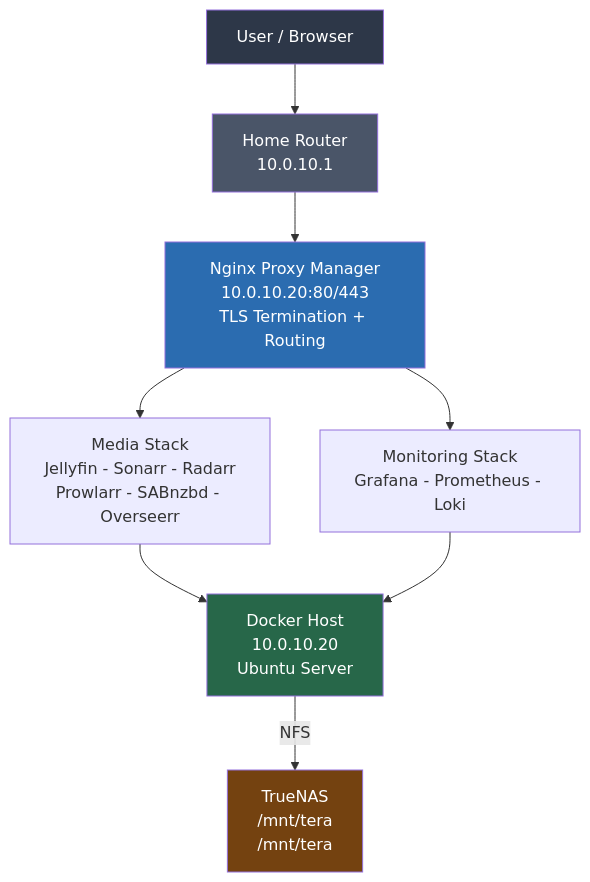
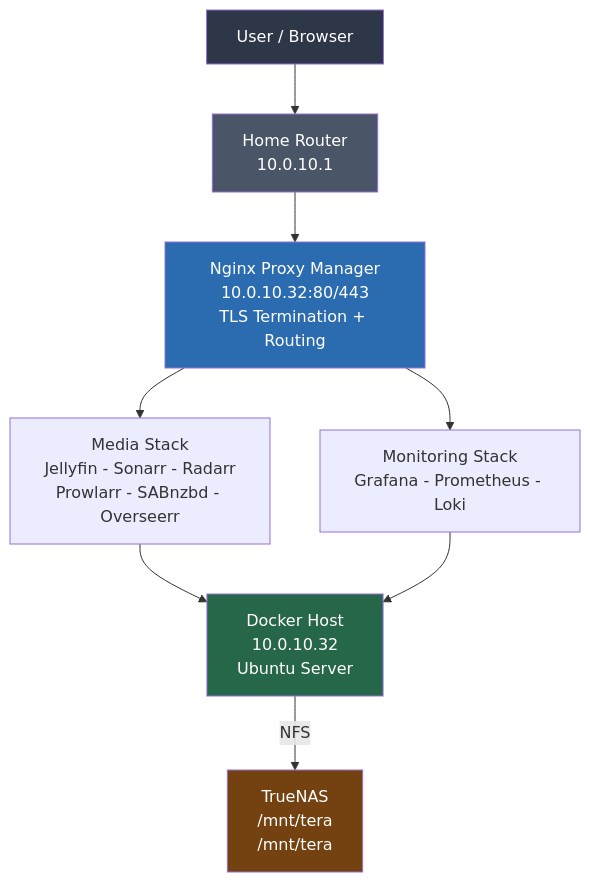
The first of 2 diagrams in docker/docs/00_plan.md (Kagiso-me/homelab-infrastructure), drawn with Mermaid before and after one commit. The commit also changed 45 other files, not shown here.

First line of the commit message:
Add ADR-005 for self-hosted GitHub Actions runners and create roadmap HTML

````diff
--- a/docker/docs/00_plan.md
+++ b/docker/docs/00_plan.md
@@ -148,16 +148,16 @@
 ```mermaid
 graph TD
     User["User / Browser"] --> Router["Home Router\n10.0.10.1"]
-    Router --> NPM["Nginx Proxy Manager\n10.0.10.20:80/443\nTLS Termination + Routing"]
+    Router --> NPM["Nginx Proxy Manager\n10.0.10.32:80/443\nTLS Termination + Routing"]
     NPM --> MediaStack["Media Stack\nJellyfin - Sonarr - Radarr\nProwlarr - SABnzbd - Overseerr"]
     NPM --> MonStack["Monitoring Stack\nGrafana - Prometheus - Loki"]
-    MediaStack --> DockerHost["Docker Host\n10.0.10.20\nUbuntu Server"]
+    MediaStack --> DockerHost["Docker Host\n10.0.10.32\nUbuntu Server"]
     MonStack --> DockerHost
     DockerHost -->|NFS| TrueNAS["TrueNAS\n/mnt/tera\n/mnt/tera"]
 
     style User fill:#2d3748,color:#fff
     style Router fill:#4a5568,color:#fff
     style NPM fill:#2b6cb0,color:#fff
     style DockerHost fill:#276749,color:#fff
     style TrueNAS fill:#744210,color:#fff
 ```
````
